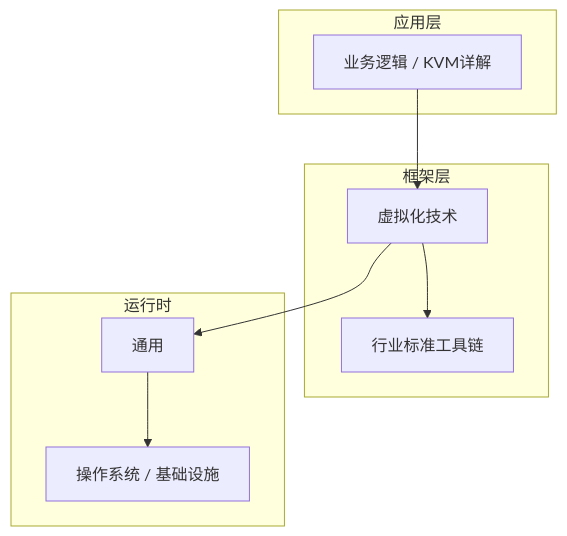
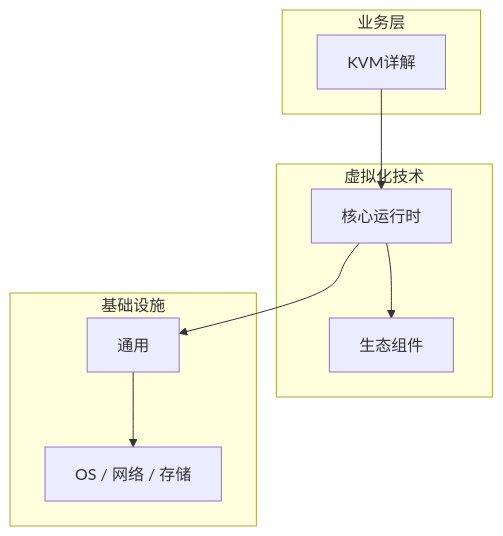
Before and after one commit to yanggan2015/knowledge-json-v2: the diagram in articles/虚拟化技术/chapters/049-KVM详解核心概念与原理.md, drawn with Mermaid. The commit also changed other lines of this file and 10127 other files, not shown here.

````diff
--- a/articles/虚拟化技术/chapters/049-KVM详解核心概念与原理.md
+++ b/articles/虚拟化技术/chapters/049-KVM详解核心概念与原理.md
@@ -45,18 +34,18 @@
 ```mermaid
 graph TB
-    subgraph 应用层
-        A[业务逻辑 / KVM详解]
+    subgraph 业务层
+        A[KVM详解]
     end
-    subgraph 框架层
-        B[虚拟化技术]
-        C[行业标准工具链]
+    subgraph 虚拟化技术
+        B[核心运行时]
+        C[生态组件]
     end
-    subgraph 运行时
+    subgraph 基础设施
         D[通用]
-        E[操作系统 / 基础设施]
+        E[OS / 网络 / 存储]
     end
     A --> B
     B --> C
     B --> D
     D --> E
 ```
````
